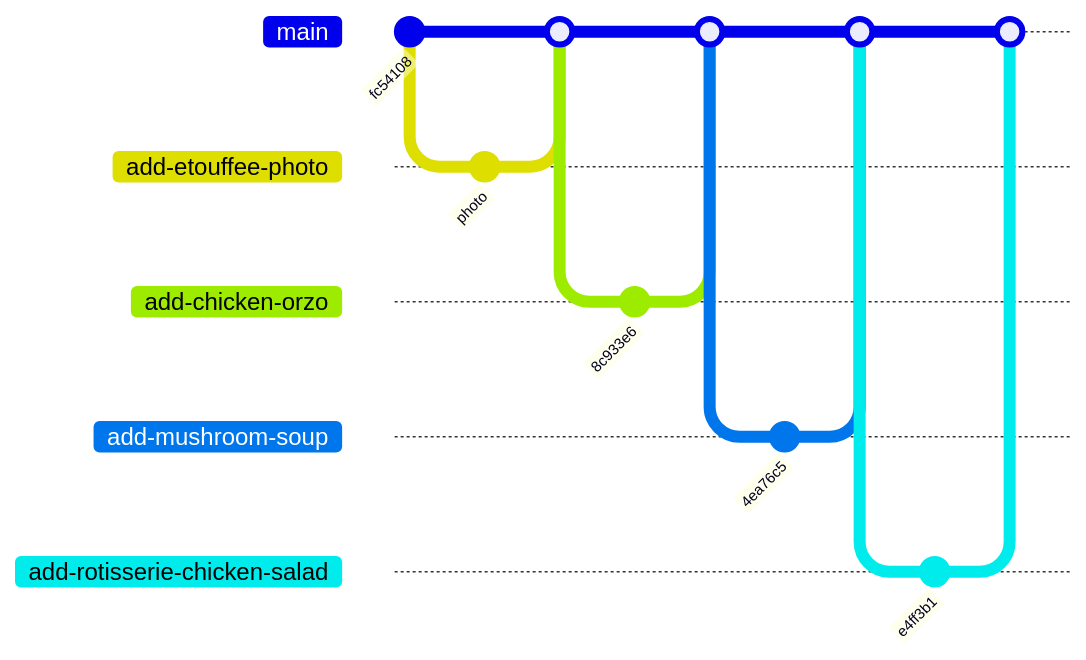
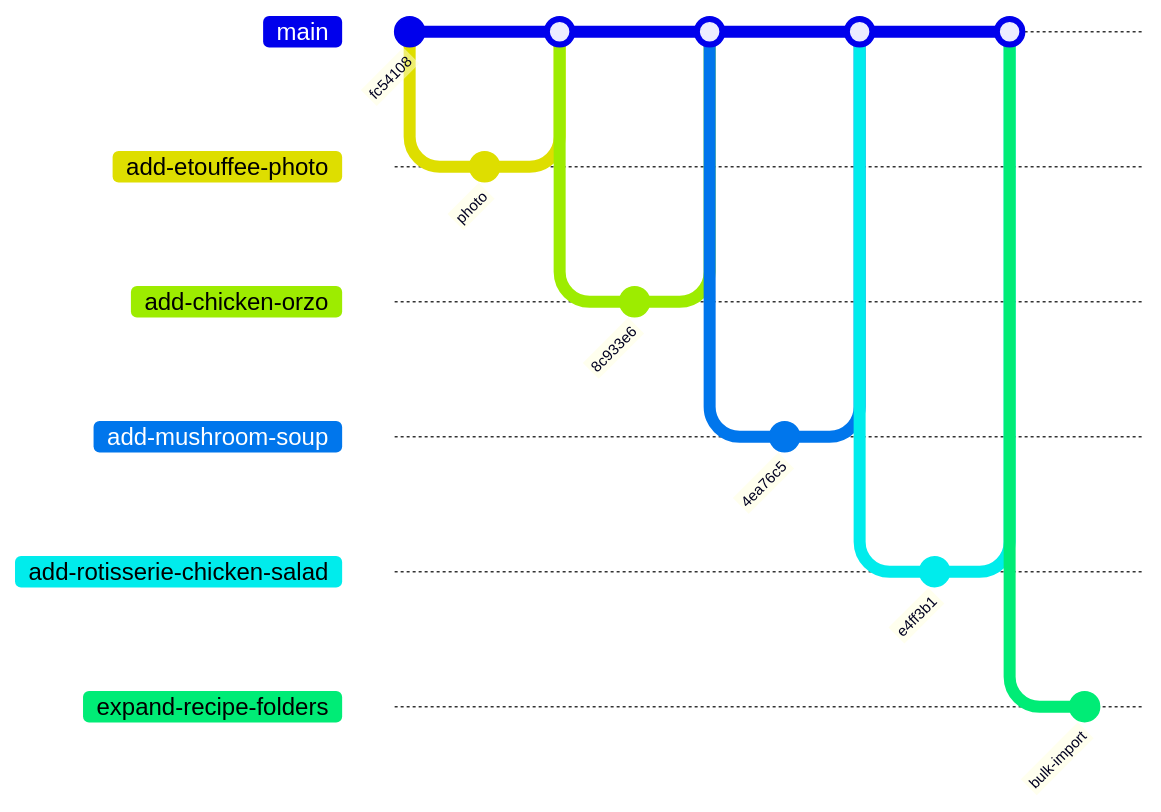
The second of 2 diagrams in README.md (chknfrdstk/Recipes), drawn with Mermaid before and after one commit. The commit also changed other lines of this file and 167 other files, not shown here.

Commit message:
Bulk import 167 recipes from Apple Notes, expand folders, update changelog

````diff
--- a/README.md
+++ b/README.md
@@ -34,24 +42,27 @@
 ```mermaid
 gitGraph
     commit id: "fc54108"
     branch add-etouffee-photo
     checkout add-etouffee-photo
     commit id: "photo"
     checkout main
     merge add-etouffee-photo
     branch add-chicken-orzo
     checkout add-chicken-orzo
     commit id: "8c933e6"
     checkout main
     merge add-chicken-orzo
     branch add-mushroom-soup
     checkout add-mushroom-soup
     commit id: "4ea76c5"
     checkout main
     merge add-mushroom-soup
     branch add-rotisserie-chicken-salad
     checkout add-rotisserie-chicken-salad
     commit id: "e4ff3b1"
     checkout main
     merge add-rotisserie-chicken-salad
+    branch expand-recipe-folders
+    checkout expand-recipe-folders
+    commit id: "bulk-import"
 ```
````
